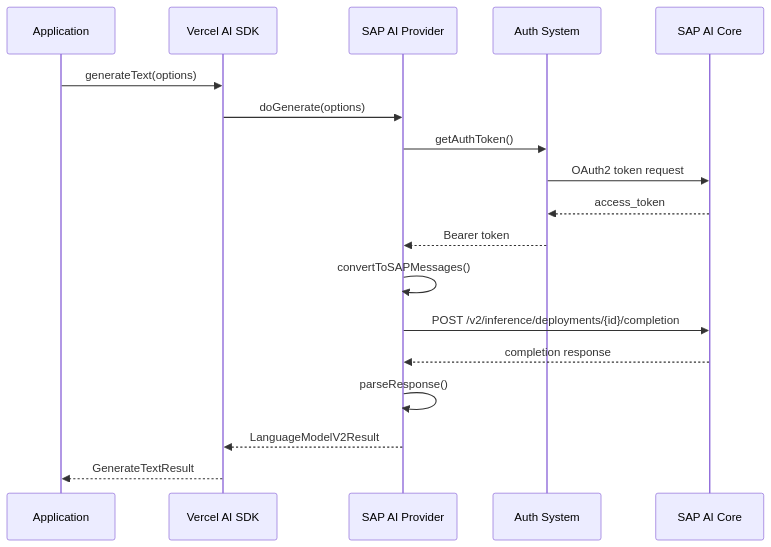
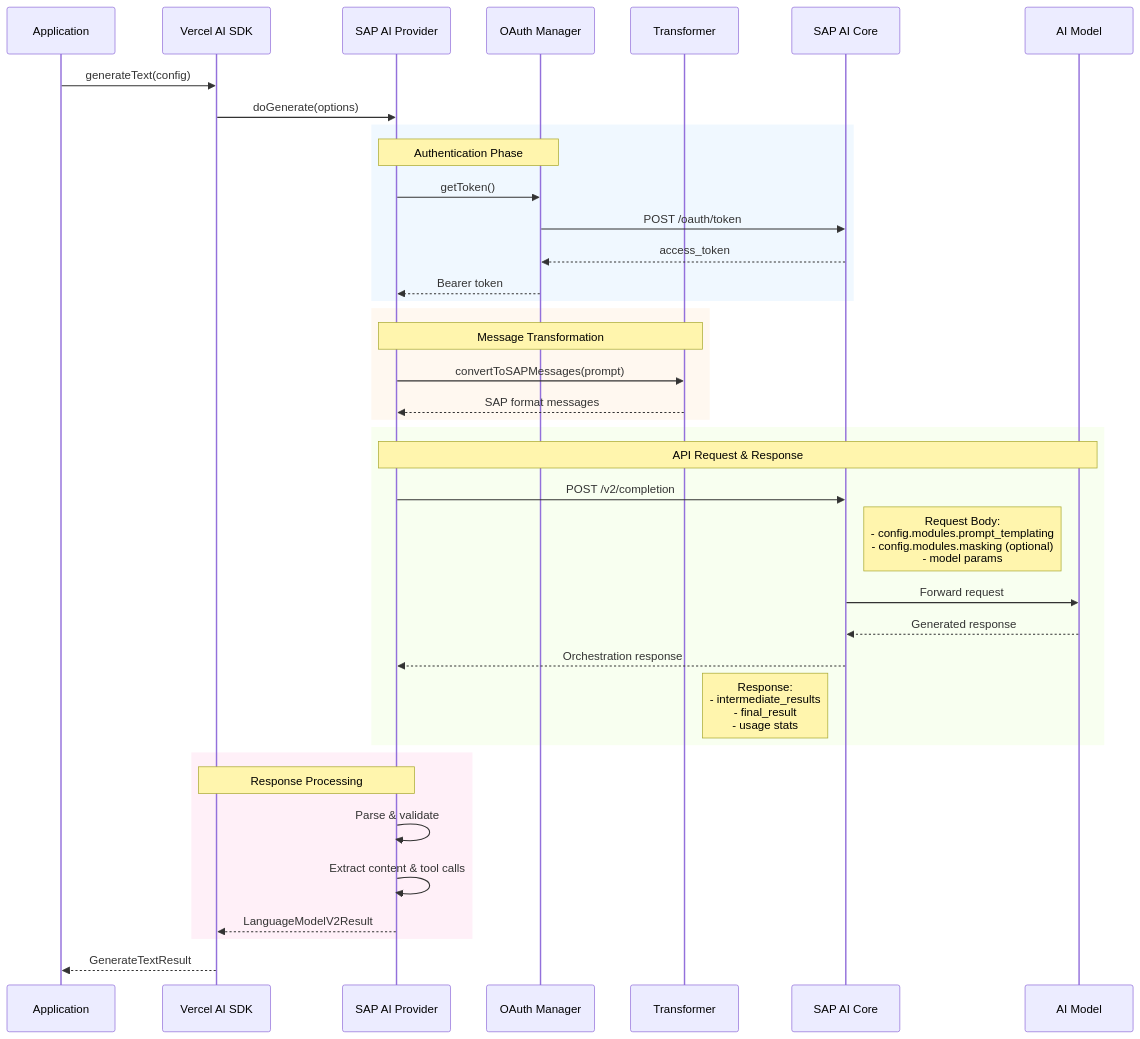
The second of 8 diagrams in ARCHITECTURE.md (BITASIA/sap-ai-provider), drawn with Mermaid before and after one commit. The commit also changed other lines of this file and 6 other files, not shown here.

````diff
--- a/ARCHITECTURE.md
+++ b/ARCHITECTURE.md
@@ -89,21 +81,46 @@
 ```mermaid
 sequenceDiagram
     participant App as Application
     participant SDK as Vercel AI SDK
-    participant Provider as SAP AI Provider
-    participant Auth as Auth System
+    participant Prov as SAP AI Provider
+    participant Auth as OAuth Manager
+    participant Trans as Transformer
     participant SAP as SAP AI Core
+    participant Model as AI Model
 
-    App->>SDK: generateText(options)
-    SDK->>Provider: doGenerate(options)
-    Provider->>Auth: getAuthToken()
-    Auth->>SAP: OAuth2 token request
-    SAP-->>Auth: access_token
-    Auth-->>Provider: Bearer token
-    Provider->>Provider: convertToSAPMessages()
-    Provider->>SAP: POST /v2/inference/deployments/{id}/completion
-    SAP-->>Provider: completion response
-    Provider->>Provider: parseResponse()
-    Provider-->>SDK: LanguageModelV2Result
+    App->>SDK: generateText(config)
+    SDK->>Prov: doGenerate(options)
+    
+    rect rgb(240, 248, 255)
+        Note over Prov,Auth: Authentication Phase
+        Prov->>Auth: getToken()
+        Auth->>SAP: POST /oauth/token
+        SAP-->>Auth: access_token
+        Auth-->>Prov: Bearer token
+    end
+    
+    rect rgb(255, 248, 240)
+        Note over Prov,Trans: Message Transformation
+        Prov->>Trans: convertToSAPMessages(prompt)
+        Trans-->>Prov: SAP format messages
+    end
+    
+    rect rgb(248, 255, 240)
+        Note over Prov,Model: API Request & Response
+        Prov->>SAP: POST /v2/completion
+        Note right of SAP: Request Body:<br/>- config.modules.prompt_templating<br/>- config.modules.masking (optional)<br/>- model params
+        SAP->>Model: Forward request
+        Model-->>SAP: Generated response
+        SAP-->>Prov: Orchestration response
+        Note left of SAP: Response:<br/>- intermediate_results<br/>- final_result<br/>- usage stats
+    end
+    
+    rect rgb(255, 240, 248)
+        Note over Prov,SDK: Response Processing
+        Prov->>Prov: Parse & validate
+        Prov->>Prov: Extract content & tool calls
+        Prov-->>SDK: LanguageModelV2Result
+    end
+    
     SDK-->>App: GenerateTextResult
 ```
````
